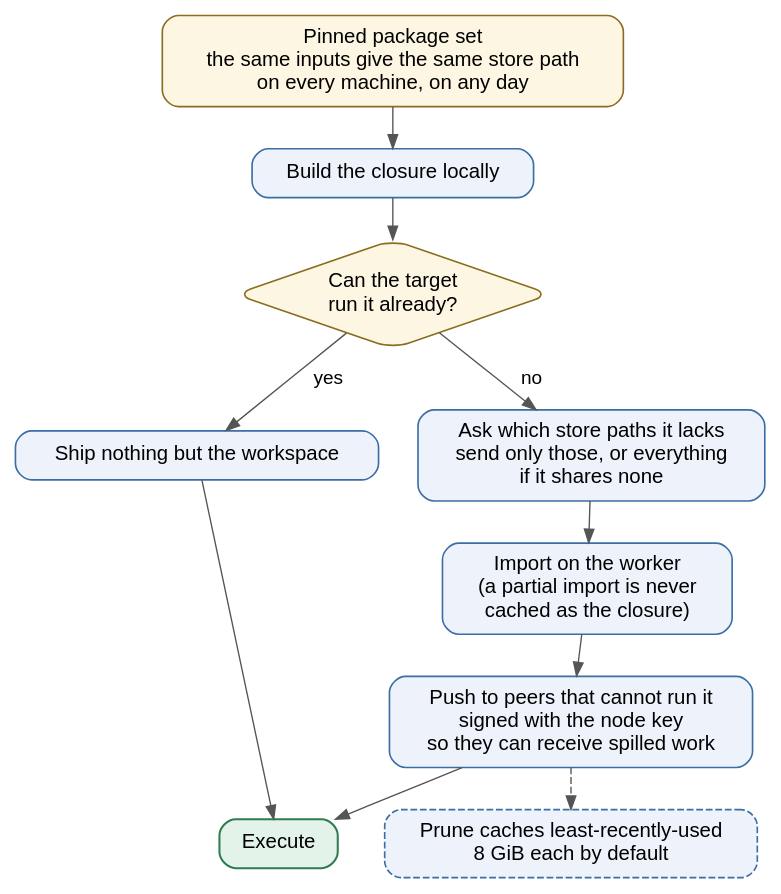
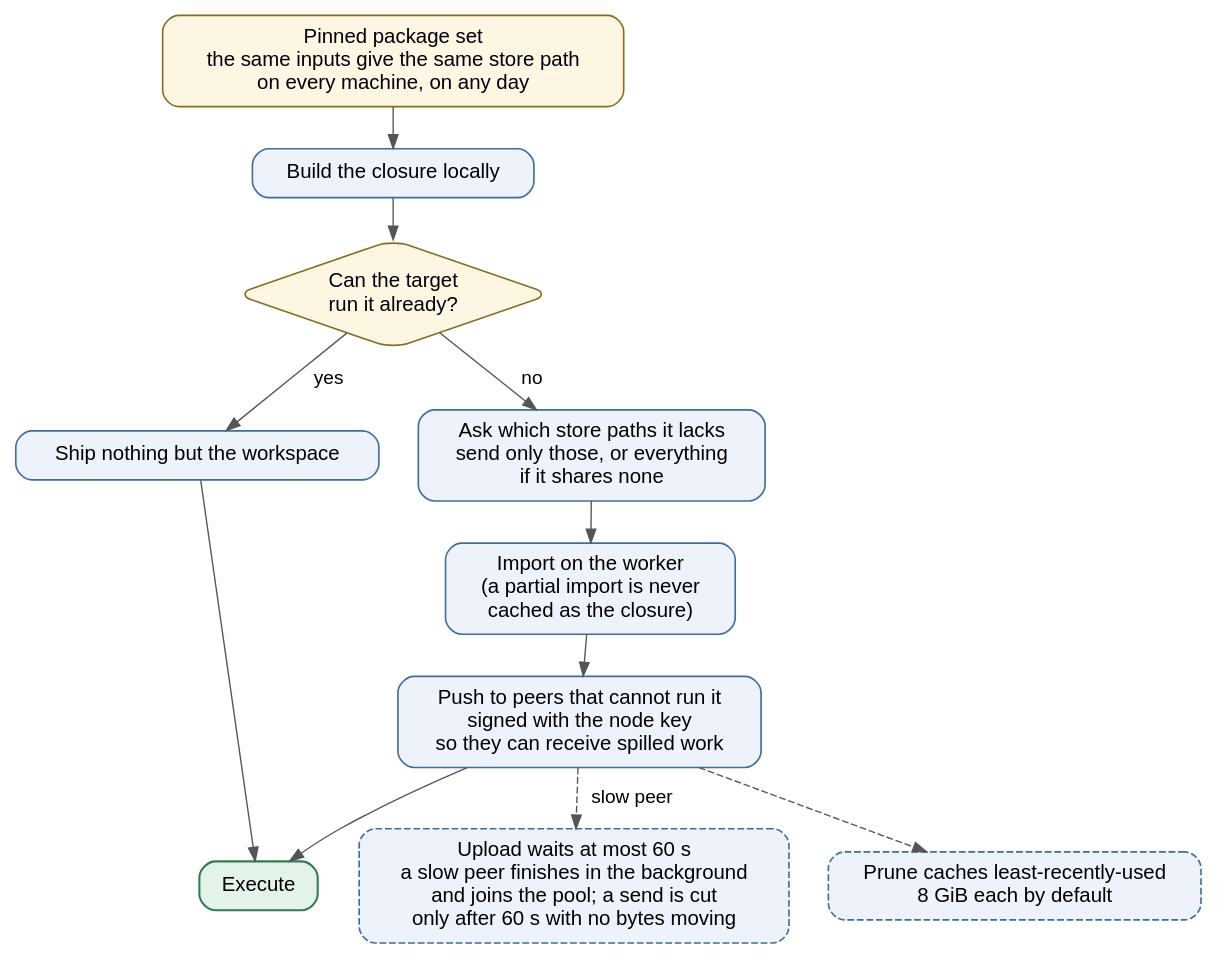
One commit to vinayakyadav2709/Pipedpeer changed the diagram in docs/diagrams/src/fig_4.6_closure_cache.dot. Above: the diagram before and after it, drawn with Graphviz. The commit also changed 28 other files, not shown here.

```diff
--- a/docs/diagrams/src/fig_4.6_closure_cache.dot
+++ b/docs/diagrams/src/fig_4.6_closure_cache.dot
@@ -1,29 +1,31 @@
 // Figure 4.6 - Closure transfer: the store path is the cache key, and the
 // store path is also the unit of transfer.
 digraph ClosureCache {
   rankdir=TB; bgcolor="white"; nodesep=0.40; ranksep=0.42;
   node [fontname="Helvetica", fontsize=15, shape=box, style="rounded,filled",
         fillcolor="#eef3fb", color="#3b6ea5", penwidth=1.2, margin="0.18,0.11"];
   edge [fontname="Helvetica", fontsize=14, color="#555555"];
 
   pin  [label="Pinned package set\nthe same inputs give the same store path\non every machine, on any day",
         fillcolor="#fdf6e3", color="#8a6d1f"];
   bld  [label="Build the closure locally"];
   ask  [label="Can the target\nrun it already?", shape=diamond,
         fillcolor="#fdf6e3", color="#8a6d1f", margin="0.04"];
   skip [label="Ship nothing but the workspace"];
   diff [label="Ask which store paths it lacks\nsend only those, or everything\nif it shares none"];
   imp  [label="Import on the worker\n(a partial import is never\ncached as the closure)"];
   bcast[label="Push to peers that cannot run it\nsigned with the node key\nso they can receive spilled work"];
+  bg   [label="Upload waits at most 60 s\na slow peer finishes in the background\nand joins the pool; a send is cut\nonly after 60 s with no bytes moving", style="rounded,filled,dashed"];
   prune[label="Prune caches least-recently-used\n8 GiB each by default", style="rounded,filled,dashed"];
   run  [label="Execute", fillcolor="#e3f3e9", color="#2f7d4f", penwidth=1.5];
 
   pin -> bld -> ask;
   ask -> skip [label="  yes  "];
   ask -> diff [label="  no  "];
   diff -> imp -> bcast;
+  bcast -> bg [style=dashed, label="  slow peer  "];
   bcast -> prune [style=dashed];
   skip -> run;
   bcast -> run;
   { rank=same; skip; diff; }
 }
```
